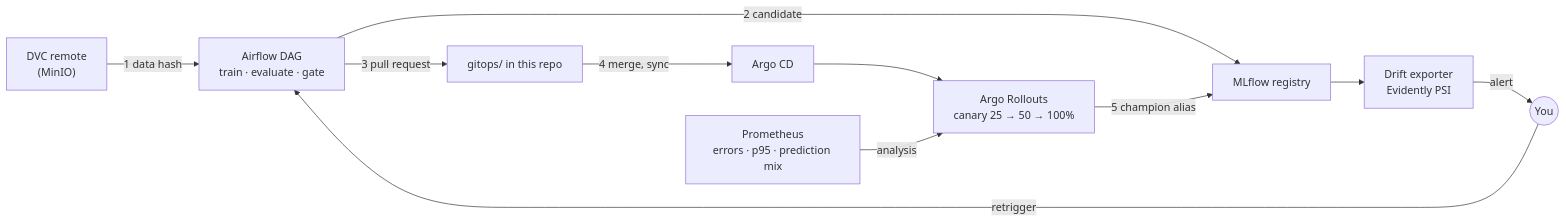
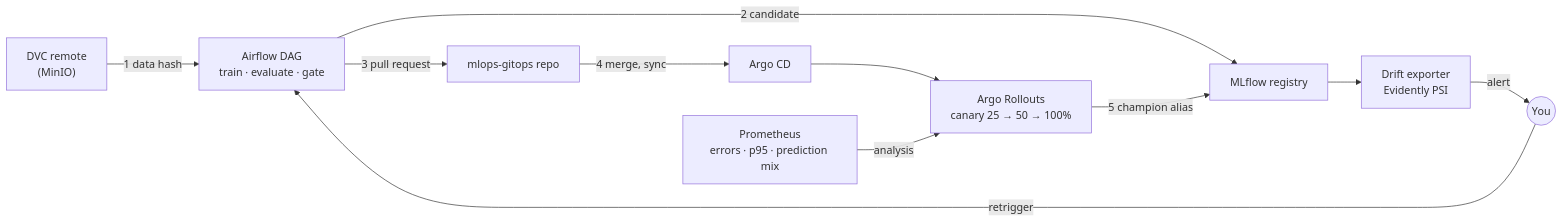
One commit to Mohamed-kababi/MLOps changed the diagram in README.md. Above: the diagram before and after it, drawn with Mermaid. The commit also changed other lines of this file and 8 other files, not shown here.

First line of the commit message:
Move deployment manifests to the mlops-gitops repo

````diff
--- a/README.md
+++ b/README.md
@@ -7,12 +7,12 @@
 ```mermaid
 flowchart LR
     DVC["DVC remote<br/>(MinIO)"] -- "1 data hash" --> DAG["Airflow DAG<br/>train · evaluate · gate"]
     DAG -- "2 candidate" --> REG["MLflow registry"]
-    DAG -- "3 pull request" --> GIT["gitops/ in this repo"]
+    DAG -- "3 pull request" --> GIT["mlops-gitops repo"]
     GIT -- "4 merge, sync" --> ACD["Argo CD"]
     ACD --> RO["Argo Rollouts<br/>canary 25 → 50 → 100%"]
     PROM["Prometheus<br/>errors · p95 · prediction mix"] -- analysis --> RO
     RO -- "5 champion alias" --> REG
     REG --> DRIFT["Drift exporter<br/>Evidently PSI"]
     DRIFT -- alert --> YOU(("You")) -- retrigger --> DAG
 ```
````
